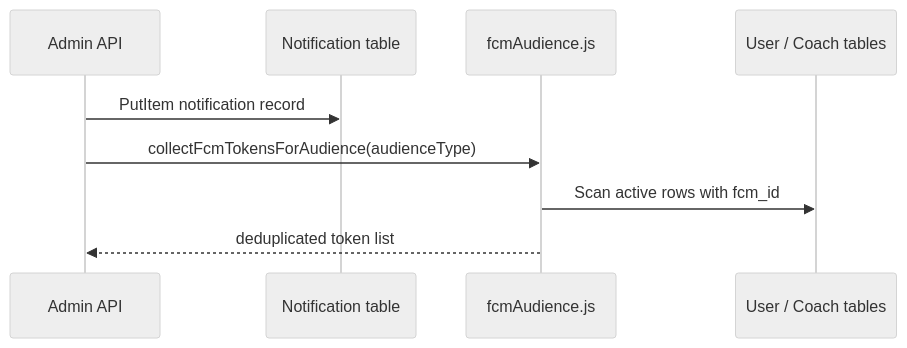
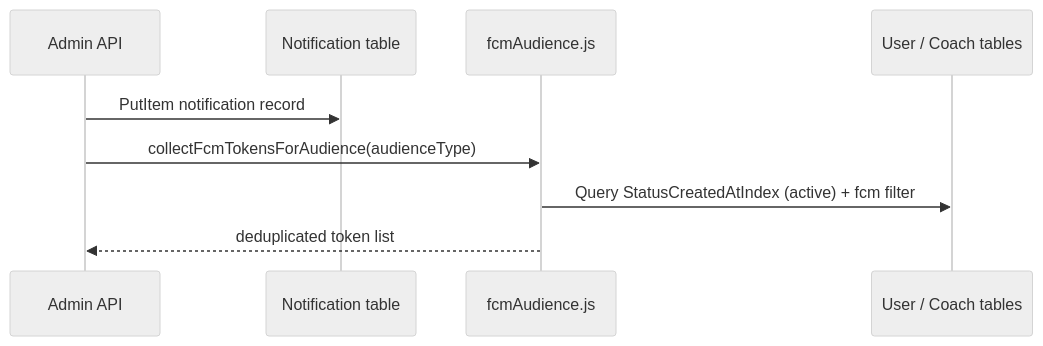
The fourth of 4 diagrams in docs/database/RELATIONSHIPS.md (alphaanurag-333/wellnessDynamoDb), drawn with Mermaid (neutral theme) before and after one commit. The commit also changed other lines of this file and 44 other files, not shown here.

````diff
--- a/docs/database/RELATIONSHIPS.md
+++ b/docs/database/RELATIONSHIPS.md
@@ -232,12 +232,12 @@
 ```mermaid
 sequenceDiagram
     participant Admin as Admin API
     participant Notif as Notification table
     participant FCM as fcmAudience.js
     participant User as User / Coach tables
 
     Admin->>Notif: PutItem notification record
     Admin->>FCM: collectFcmTokensForAudience(audienceType)
-    FCM->>User: Scan active rows with fcm_id
+    FCM->>User: Query StatusCreatedAtIndex (active) + fcm filter
     FCM-->>Admin: deduplicated token list
 ```
````
